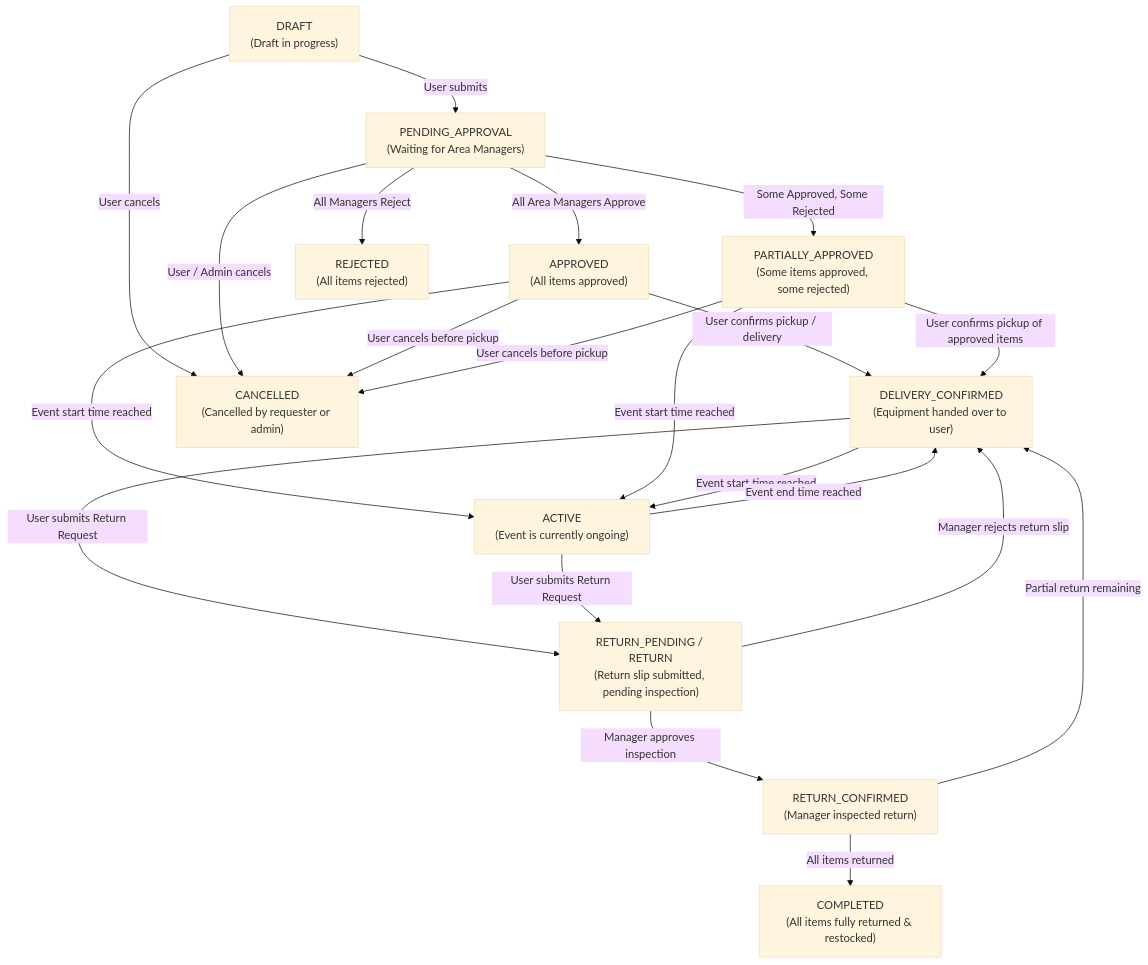
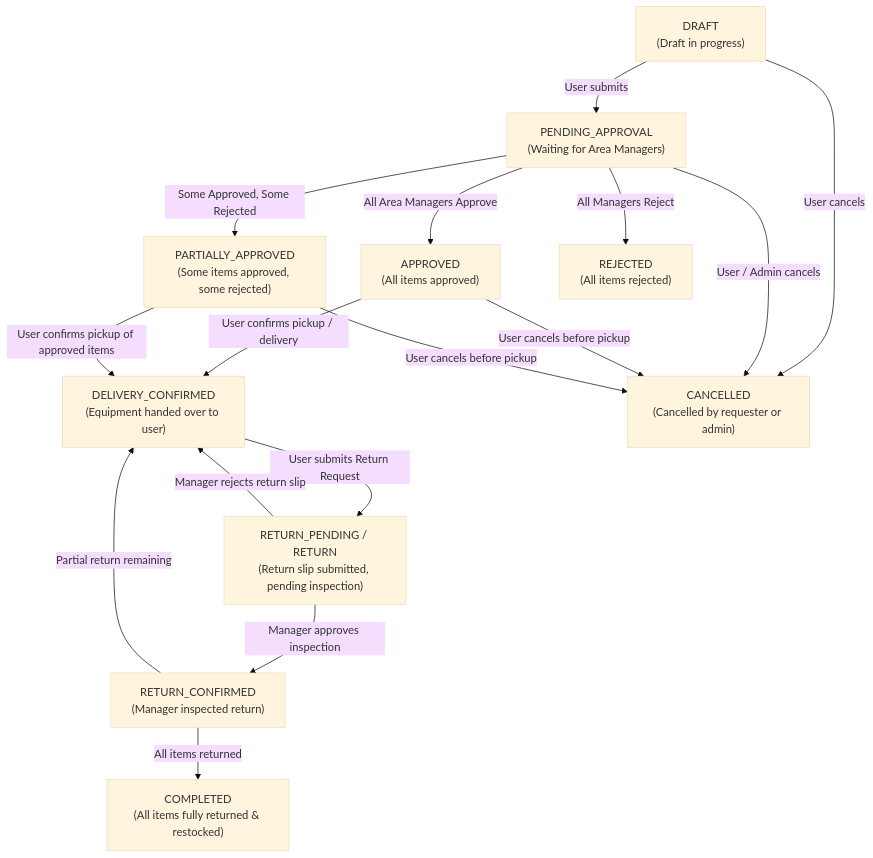
One commit to Faiisu/asset-reserve changed the first of 2 diagrams in docs/frontend_spec/reservation_flow_and_ui_design.md. Above: the diagram before and after it, drawn with Mermaid (base theme). The commit also changed other lines of this file and 41 other files, not shown here.

````diff
--- a/docs/frontend_spec/reservation_flow_and_ui_design.md
+++ b/docs/frontend_spec/reservation_flow_and_ui_design.md
@@ -38,41 +38,34 @@
 ```mermaid
 flowchart TD
     DRAFT["DRAFT<br/>(Draft in progress)"]
     PENDING_APPROVAL["PENDING_APPROVAL<br/>(Waiting for Area Managers)"]
     APPROVED["APPROVED<br/>(All items approved)"]
     PARTIALLY_APPROVED["PARTIALLY_APPROVED<br/>(Some items approved, some rejected)"]
     REJECTED["REJECTED<br/>(All items rejected)"]
     DELIVERY_CONFIRMED["DELIVERY_CONFIRMED<br/>(Equipment handed over to user)"]
-    ACTIVE["ACTIVE<br/>(Event is currently ongoing)"]
     RETURN_PENDING["RETURN_PENDING / RETURN<br/>(Return slip submitted, pending inspection)"]
     RETURN_CONFIRMED["RETURN_CONFIRMED<br/>(Manager inspected return)"]
     COMPLETED["COMPLETED<br/>(All items fully returned & restocked)"]
     CANCELLED["CANCELLED<br/>(Cancelled by requester or admin)"]
 
     DRAFT -->|User submits| PENDING_APPROVAL
     DRAFT -->|User cancels| CANCELLED
     
     PENDING_APPROVAL -->|All Area Managers Approve| APPROVED
     PENDING_APPROVAL -->|Some Approved, Some Rejected| PARTIALLY_APPROVED
     PENDING_APPROVAL -->|All Managers Reject| REJECTED
     PENDING_APPROVAL -->|User / Admin cancels| CANCELLED
 
     APPROVED -->|User confirms pickup / delivery| DELIVERY_CONFIRMED
     PARTIALLY_APPROVED -->|User confirms pickup of approved items| DELIVERY_CONFIRMED
-    APPROVED -->|Event start time reached| ACTIVE
-    PARTIALLY_APPROVED -->|Event start time reached| ACTIVE
     APPROVED -->|User cancels before pickup| CANCELLED
     PARTIALLY_APPROVED -->|User cancels before pickup| CANCELLED
 
-    DELIVERY_CONFIRMED -->|Event start time reached| ACTIVE
-    ACTIVE -->|Event end time reached| DELIVERY_CONFIRMED
-
     DELIVERY_CONFIRMED -->|User submits Return Request| RETURN_PENDING
-    ACTIVE -->|User submits Return Request| RETURN_PENDING
 
     RETURN_PENDING -->|Manager approves inspection| RETURN_CONFIRMED
     RETURN_PENDING -->|Manager rejects return slip| DELIVERY_CONFIRMED
     
     RETURN_CONFIRMED -->|All items returned| COMPLETED
     RETURN_CONFIRMED -->|Partial return remaining| DELIVERY_CONFIRMED
 ```
````
